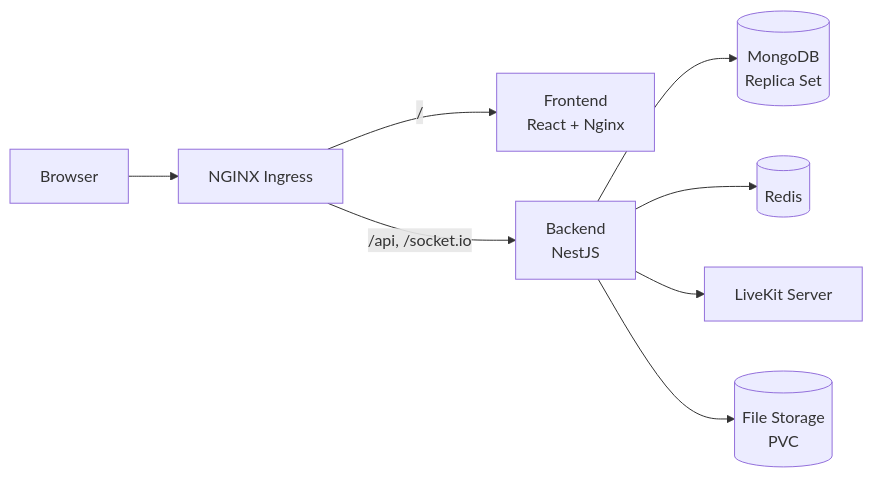
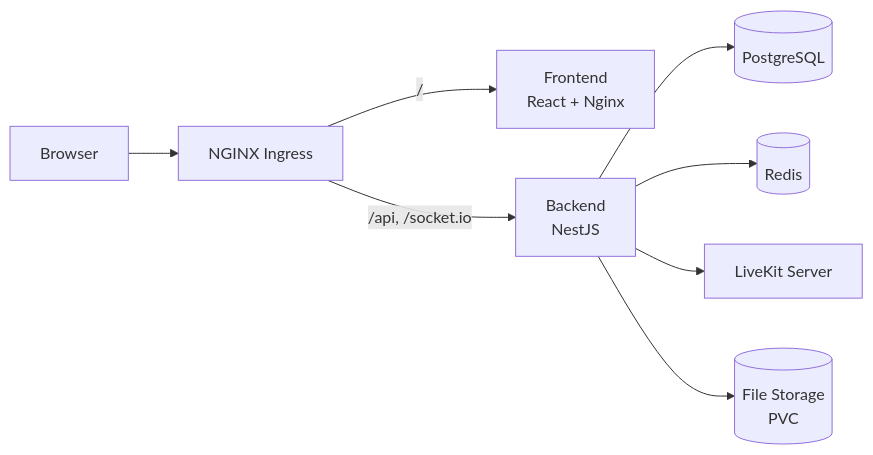
The diagram in docs-site/docs/installation/kubernetes.md (krakenchat/kraken), drawn with Mermaid before and after one commit. The commit also changed other lines of this file and 109 other files, not shown here.

First line of the commit message:
feat: migrate from MongoDB to PostgreSQL (#267)

````diff
--- a/docs-site/docs/installation/kubernetes.md
+++ b/docs-site/docs/installation/kubernetes.md
@@ -7,10 +7,10 @@
 ```mermaid
 graph LR
     Client[Browser] --> Ingress[NGINX Ingress]
     Ingress -->|/| Frontend[Frontend<br/>React + Nginx]
     Ingress -->|/api, /socket.io| Backend[Backend<br/>NestJS]
-    Backend --> MongoDB[(MongoDB<br/>Replica Set)]
+    Backend --> PostgreSQL[(PostgreSQL)]
     Backend --> Redis[(Redis)]
     Backend --> LiveKit[LiveKit Server]
     Backend --> FileStorage[(File Storage<br/>PVC)]
 ```
````
